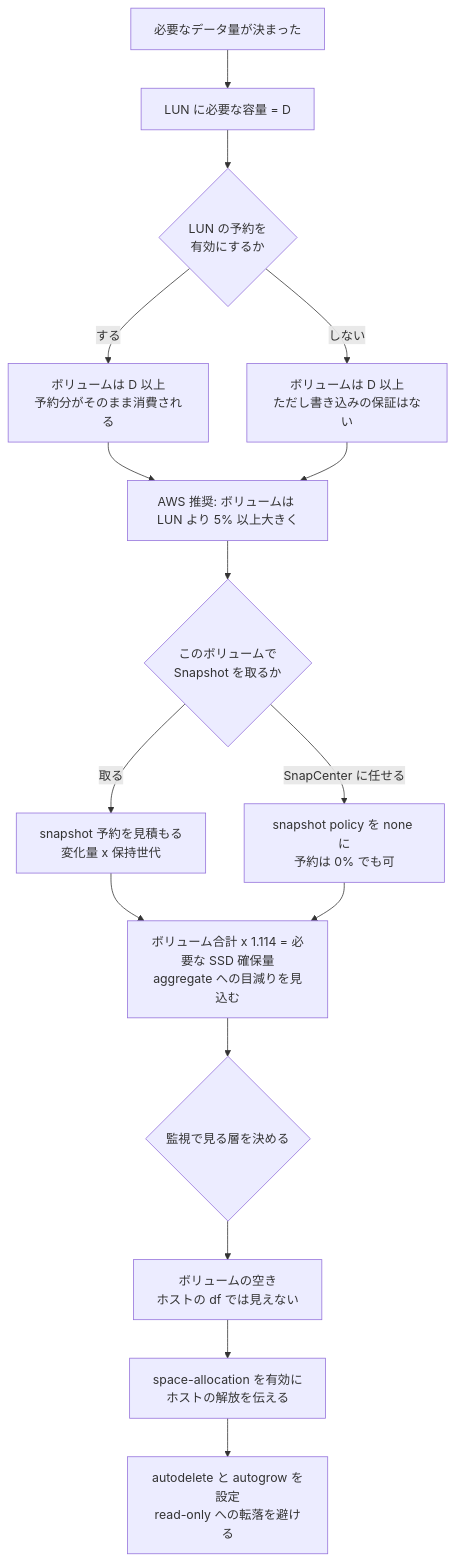
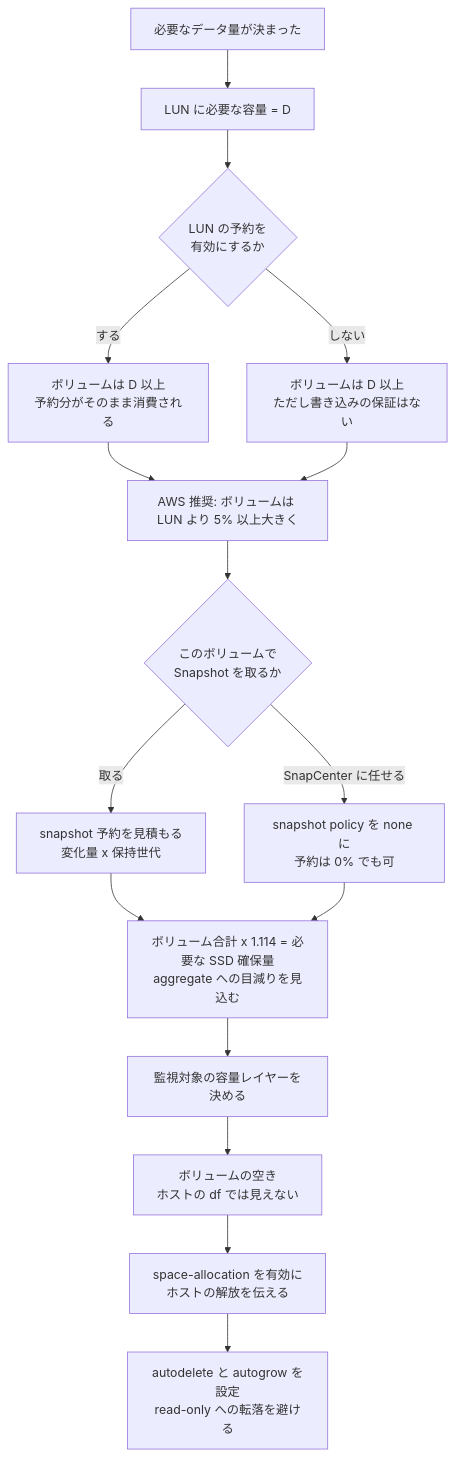
The diagram in docs/ja/domains/block-storage/notes/capacity-is-counted-in-three-places.md (Yoshiki0705/FSx-for-ONTAP-Adoption-Playbook), drawn with Mermaid before and after one commit. The commit also changed other lines of this file and 257 other files, not shown here.

````diff
--- a/docs/ja/domains/block-storage/notes/capacity-is-counted-in-three-places.md
+++ b/docs/ja/domains/block-storage/notes/capacity-is-counted-in-three-places.md
@@ -146,20 +167,20 @@
 ```mermaid
 graph TD
     S[必要なデータ量が決まった] --> L1["LUN に必要な容量 = D"]
     L1 --> L2{LUN の予約を<br/>有効にするか}
     L2 -->|する| R1["ボリュームは D 以上<br/>予約分がそのまま消費される"]
     L2 -->|しない| R2["ボリュームは D 以上<br/>ただし書き込みの保証はない"]
     R1 --> V1
     R2 --> V1
     V1["AWS 推奨: ボリュームは LUN より 5% 以上大きく"]
     V1 --> V2{このボリュームで<br/>Snapshot を取るか}
     V2 -->|取る| S1["snapshot 予約を見積もる<br/>変化量 x 保持世代"]
     V2 -->|SnapCenter に任せる| S2["snapshot policy を none に<br/>予約は 0% でも可"]
     S1 --> A1
     S2 --> A1
     A1["ボリューム合計 x 1.114 = 必要な SSD 確保量<br/>aggregate への目減りを見込む"]
-    A1 --> M1{監視で見る層を決める}
+    A1 --> M1[監視対象の容量レイヤーを決める]
     M1 --> M2["ボリュームの空き<br/>ホストの df では見えない"]
     M2 --> M3["space-allocation を有効に<br/>ホストの解放を伝える"]
     M3 --> M4["autodelete と autogrow を設定<br/>read-only への転落を避ける"]
 ```
````
